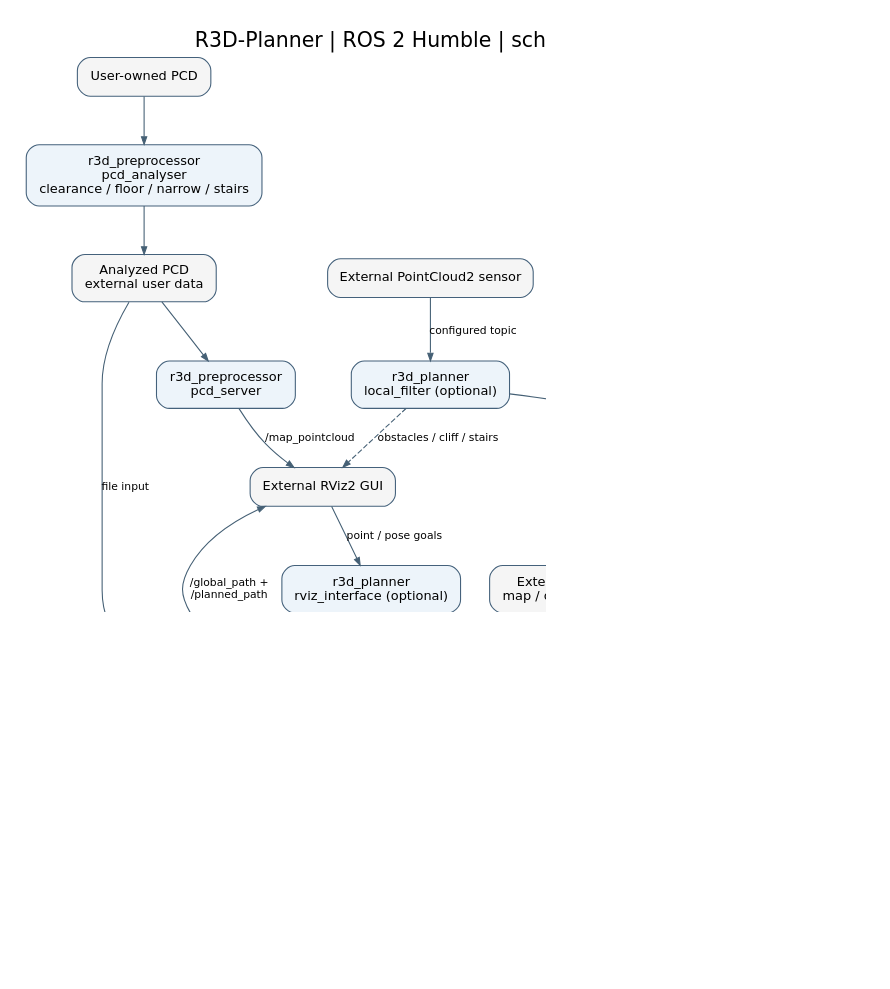
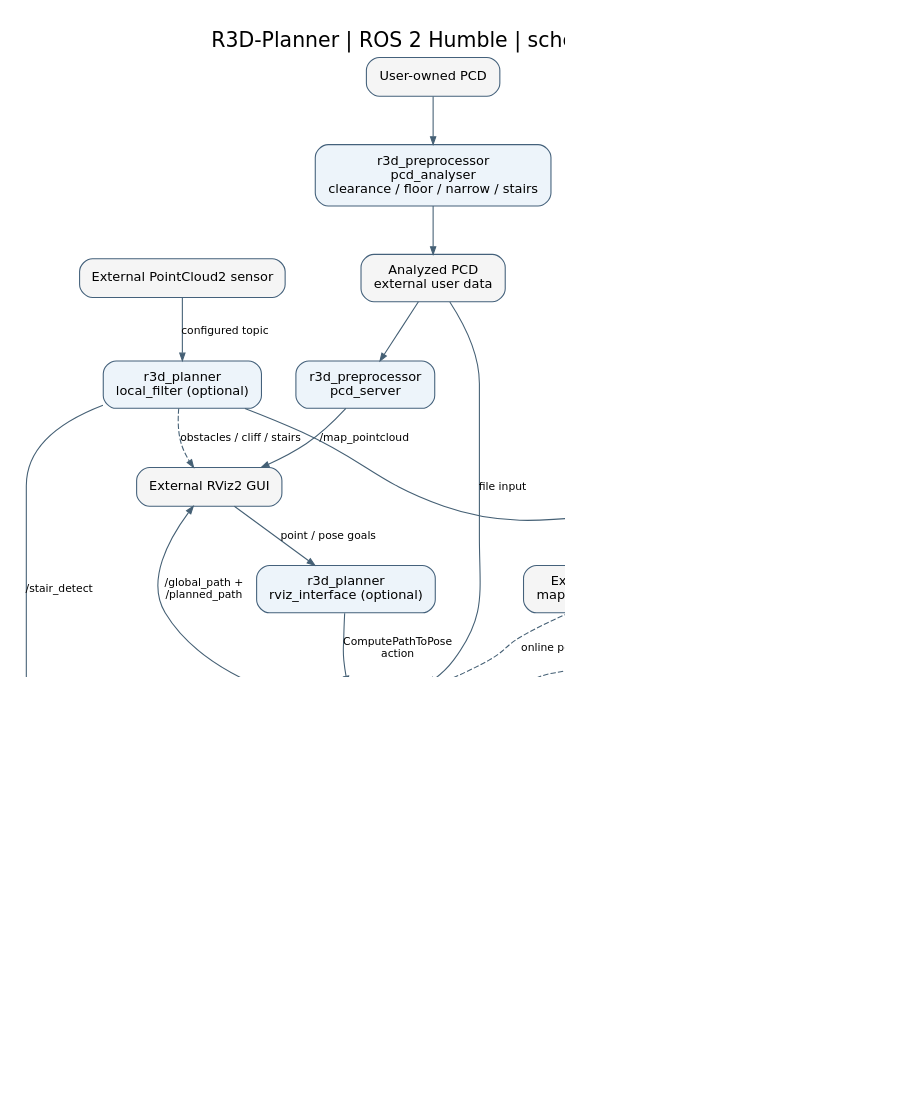
Before and after one commit to RoboProjekt/R3D-Planner: the diagram in docs/images/r3d_dataflow.dot, drawn with Graphviz. The commit also changed 32 other files, not shown here.

Commit message:
feat: coordinate Go2W stair gait with path-bound follower interlocks

```diff
--- a/docs/images/r3d_dataflow.dot
+++ b/docs/images/r3d_dataflow.dot
@@ -1,33 +1,41 @@
 // Copyright 2026 Bastian Aumer
 // SPDX-License-Identifier: Apache-2.0
 // Technical diagram derived from the current repository; no experimental data.
 digraph R3D {
  graph [rankdir=TB, bgcolor="white", pad="0.3", nodesep="0.38", ranksep="0.6", dpi=120, fontname="DejaVu Sans", label="R3D-Planner | ROS 2 Humble | schematic data flow", labelloc=t, fontsize=19];
  node [shape=box, style="rounded,filled", fillcolor="#edf4fa", color="#44617b", fontname="DejaVu Sans", fontsize=12, margin="0.16,0.12"];
  edge [fontname="DejaVu Sans", fontsize=10, color="#456075", arrowsize=0.7];
  input [label="User-owned PCD", fillcolor="#f5f5f5"];
  analyser [label="r3d_preprocessor\npcd_analyser\nclearance / floor / narrow / stairs"];
  classified [label="Analyzed PCD\nexternal user data",fillcolor="#f5f5f5"];
  map [label="r3d_preprocessor\npcd_server"];
  rviz [label="External RViz2 GUI",fillcolor="#f5f5f5"];
  rviznode [label="r3d_planner\nrviz_interface (optional)"];
  planner [label="r3d_planner\npcd_path_planner\nweighted graph + A*"];
+ coordinator [label="r3d_planner\nstair_controller\nstop / confirm / resume"];
+ sdk [label="External Jetson gait tool\nGo2W SDK",fillcolor="#f5f5f5"];
  follower [label="r3d_planner\npath_follower\nseparate explicit launch"];
  filter [label="r3d_planner\nlocal_filter (optional)"];
  odom [label="External odometry + TF\nmap / odom / base + sensor",fillcolor="#f5f5f5"];
  sensor [label="External PointCloud2 sensor",fillcolor="#f5f5f5"];
  adapter [label="External command adapter\nTwist consumer",fillcolor="#f5f5f5"];
  input -> analyser; analyser -> classified;
  classified -> planner [label="file input"];
  classified -> map; map -> rviz [label="/map_pointcloud"];
  rviz -> rviznode [label="point / pose goals"];
  rviznode -> planner [label="ComputePathToPose\naction"];
  planner -> rviz [label="/global_path +\n/planned_path"];
- planner -> follower [label="/global_path_metadata\nPathWithMetadata\nPath + bool[] narrow"];
+ planner -> follower [label="/global_path_metadata\nPathWithMetadata\nPath + narrow + stairs"];
+ planner -> coordinator [label="/global_path_metadata"];
+ coordinator -> follower [label="/stair_control\npath-bound permit"];
+ coordinator -> sdk [label="stopped gait switch"];
+ sdk -> coordinator [label="confirmed exit code"];
+ filter -> coordinator [label="/stair_detect"];
+ odom -> coordinator [style=dashed,label="pose / height / TF"];
  sensor -> filter [label="configured topic"];
  filter -> follower [label="/local/filtered_obstacles"];
  filter -> rviz [label="obstacles / cliff / stairs",style=dashed];
  odom -> planner [style=dashed,label="online pose"];
  odom -> follower [style=dashed,label="pose + timestamped TF"];
  follower -> adapter [label="configured cmd_vel"];
 }
```
